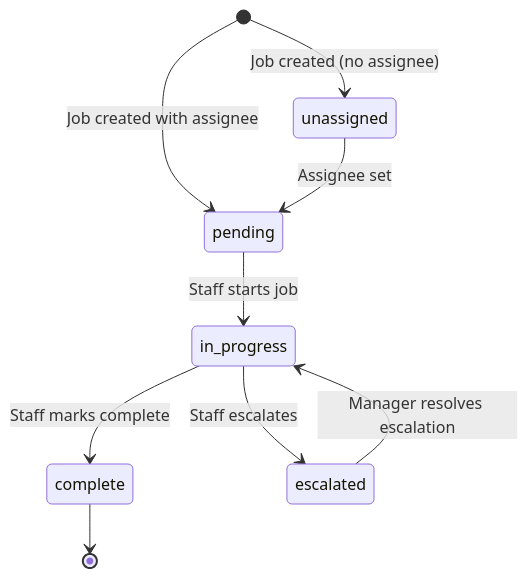
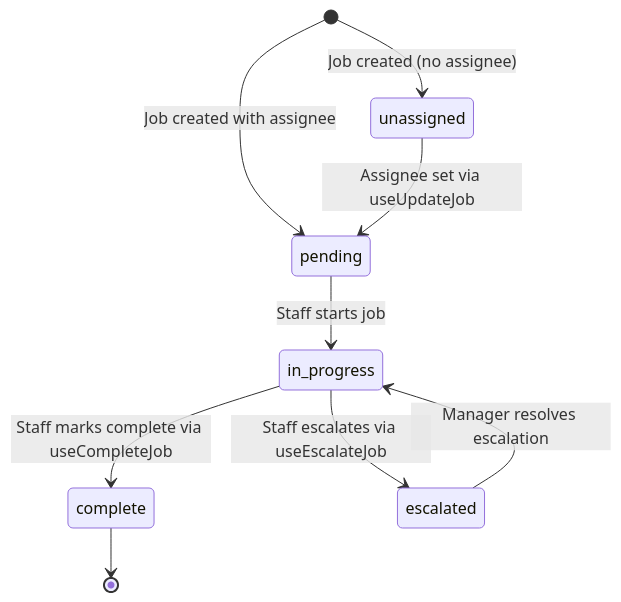
The second of 6 diagrams in docs/design-document.md (pkjohal/primark_pulse_poc), drawn with Mermaid before and after one commit. The commit also changed other lines of this file and 5 other files, not shown here.

````diff
--- a/docs/design-document.md
+++ b/docs/design-document.md
@@ -132,11 +89,11 @@
 ```mermaid
 stateDiagram-v2
   [*] --> unassigned : Job created (no assignee)
   [*] --> pending : Job created with assignee
-  unassigned --> pending : Assignee set
+  unassigned --> pending : Assignee set via useUpdateJob
   pending --> in_progress : Staff starts job
-  in_progress --> complete : Staff marks complete
-  in_progress --> escalated : Staff escalates
+  in_progress --> complete : Staff marks complete via useCompleteJob
+  in_progress --> escalated : Staff escalates via useEscalateJob
   escalated --> in_progress : Manager resolves escalation
   complete --> [*]
 ```
````
